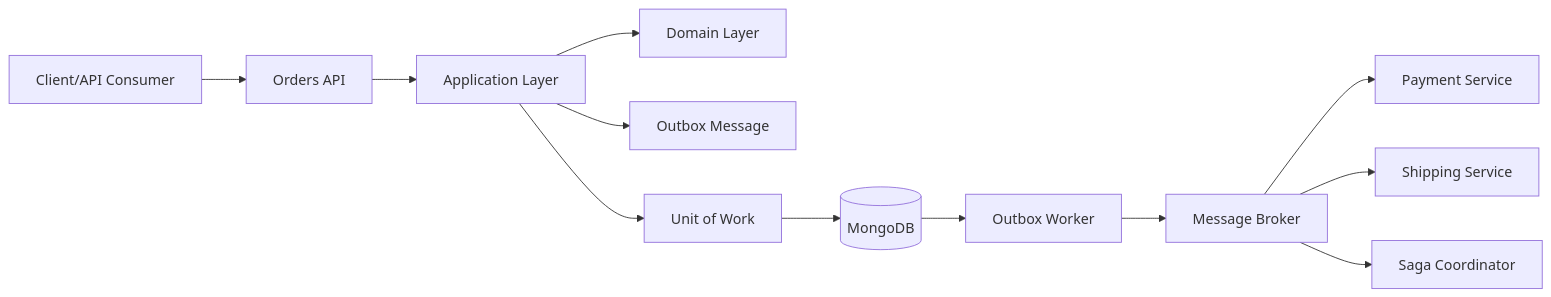
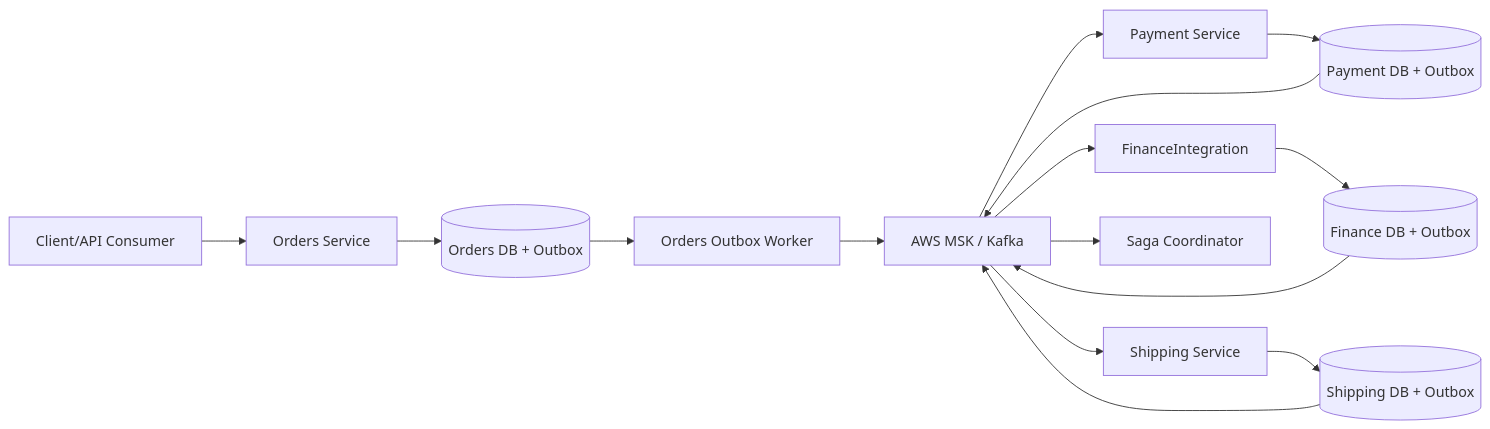
The first of 5 diagrams in README.md (ueidesantos/outbox-saga-lab), drawn with Mermaid before and after one commit. The commit also changed other lines of this file and 16 other files, not shown here.

Commit message:
docs(architecture): define finance integration boundary

````diff
--- a/README.md
+++ b/README.md
@@ -20,14 +20,17 @@
 ```mermaid
 flowchart LR
-    Client[Client/API Consumer] --> API[Orders API]
-    API --> APP[Application Layer]
-    APP --> DOMAIN[Domain Layer]
-    APP --> OUTBOX[Outbox Message]
-    APP --> UOW[Unit of Work]
-    UOW --> MONGO[(MongoDB)]
-    MONGO --> WORKER[Outbox Worker]
-    WORKER --> BUS[Message Broker]
-    BUS --> PAYMENT[Payment Service]
-    BUS --> SHIPPING[Shipping Service]
-    BUS --> COORDINATOR[Saga Coordinator]
+    Client[Client/API Consumer] --> Orders[Orders Service]
+    Orders --> OrdersOutbox[(Orders DB + Outbox)]
+    OrdersOutbox --> OrdersWorker[Orders Outbox Worker]
+    OrdersWorker --> MSK[AWS MSK / Kafka]
+    MSK --> Payment[Payment Service]
+    Payment --> PaymentOutbox[(Payment DB + Outbox)]
+    PaymentOutbox --> MSK
+    MSK --> Finance[FinanceIntegration]
+    Finance --> FinanceOutbox[(Finance DB + Outbox)]
+    FinanceOutbox --> MSK
+    MSK --> Shipping[Shipping Service]
+    Shipping --> ShippingOutbox[(Shipping DB + Outbox)]
+    ShippingOutbox --> MSK
+    MSK --> Coordinator[Saga Coordinator]
 ```
````
